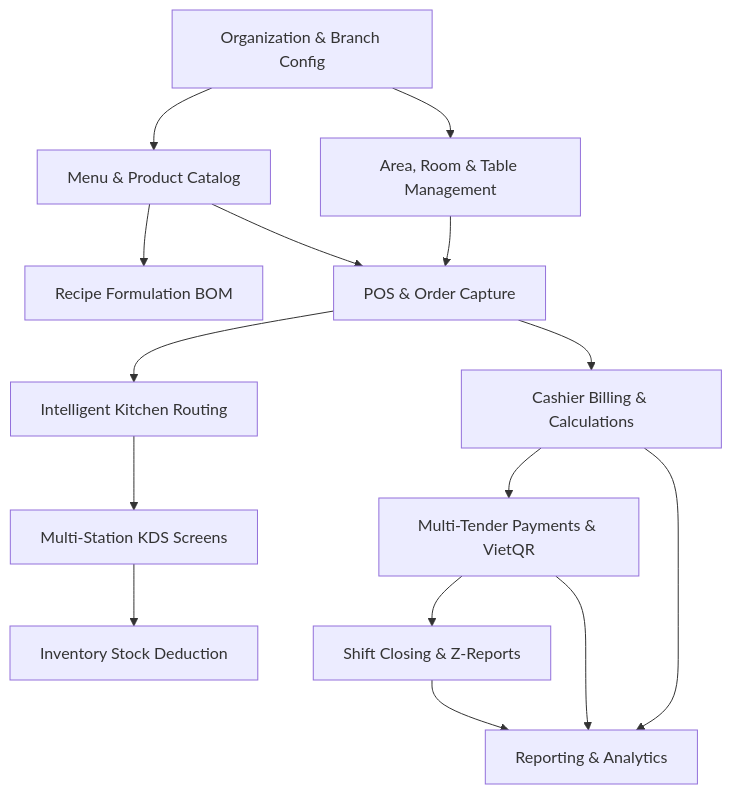
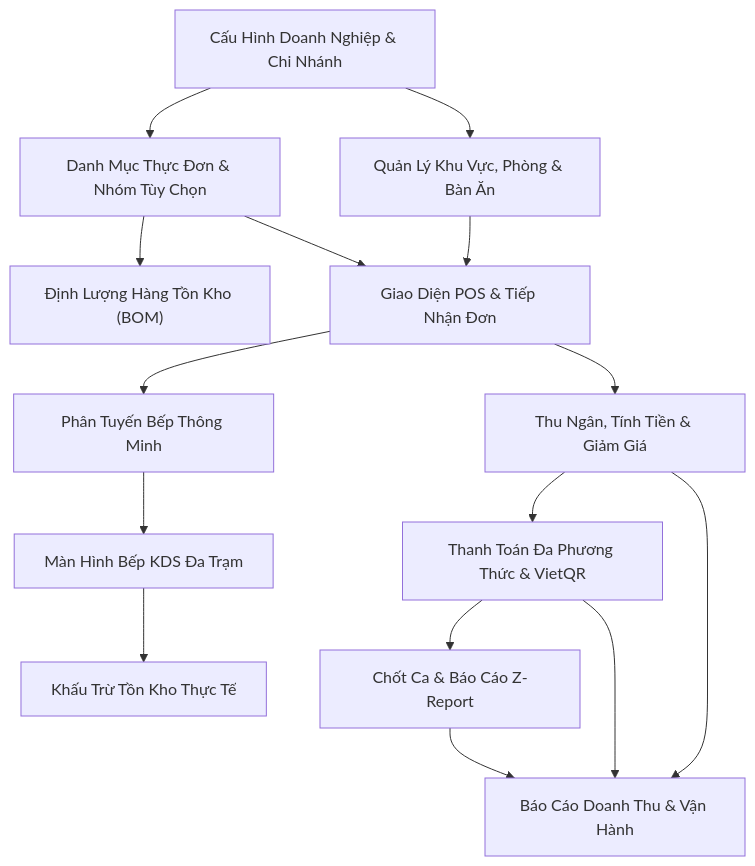
One commit to dieudoanhut2002/SmartRestaurant changed the second of 2 diagrams in docs/product/MVP-SCOPE.md. Above: the diagram before and after it, drawn with Mermaid. The commit also changed other lines of this file and 40 other files, not shown here.

````diff
--- a/docs/product/MVP-SCOPE.md
+++ b/docs/product/MVP-SCOPE.md
@@ -97,14 +107,14 @@
 ```mermaid
 flowchart TD
-    A[Organization & Branch Config] --> B[Area, Room & Table Management]
-    A --> C[Menu & Product Catalog]
-    C --> D[Recipe Formulation BOM]
-    B & C --> E[POS & Order Capture]
-    E --> F[Intelligent Kitchen Routing]
-    F --> G[Multi-Station KDS Screens]
-    G --> H[Inventory Stock Deduction]
-    E --> I[Cashier Billing & Calculations]
-    I --> J[Multi-Tender Payments & VietQR]
-    J --> K[Shift Closing & Z-Reports]
-    I & J & K --> L[Reporting & Analytics]
+    A["Cấu Hình Doanh Nghiệp & Chi Nhánh"] --> B["Quản Lý Khu Vực, Phòng & Bàn Ăn"]
+    A --> C["Danh Mục Thực Đơn & Nhóm Tùy Chọn"]
+    C --> D["Định Lượng Hàng Tồn Kho (BOM)"]
+    B & C --> E["Giao Diện POS & Tiếp Nhận Đơn"]
+    E --> F["Phân Tuyến Bếp Thông Minh"]
+    F --> G["Màn Hình Bếp KDS Đa Trạm"]
+    G --> H["Khấu Trừ Tồn Kho Thực Tế"]
+    E --> I["Thu Ngân, Tính Tiền & Giảm Giá"]
+    I --> J["Thanh Toán Đa Phương Thức & VietQR"]
+    J --> K["Chốt Ca & Báo Cáo Z-Report"]
+    I & J & K --> L["Báo Cáo Doanh Thu & Vận Hành"]
 ```
````
